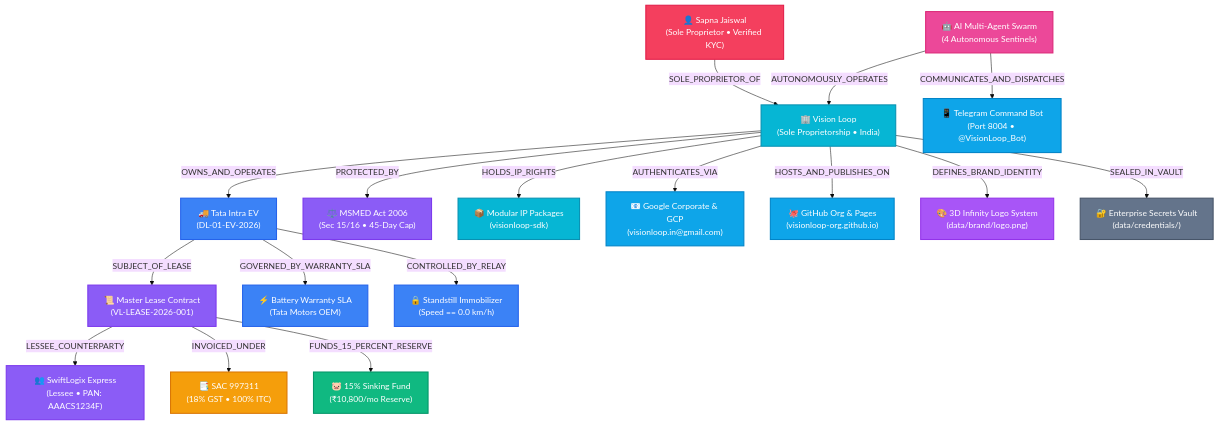
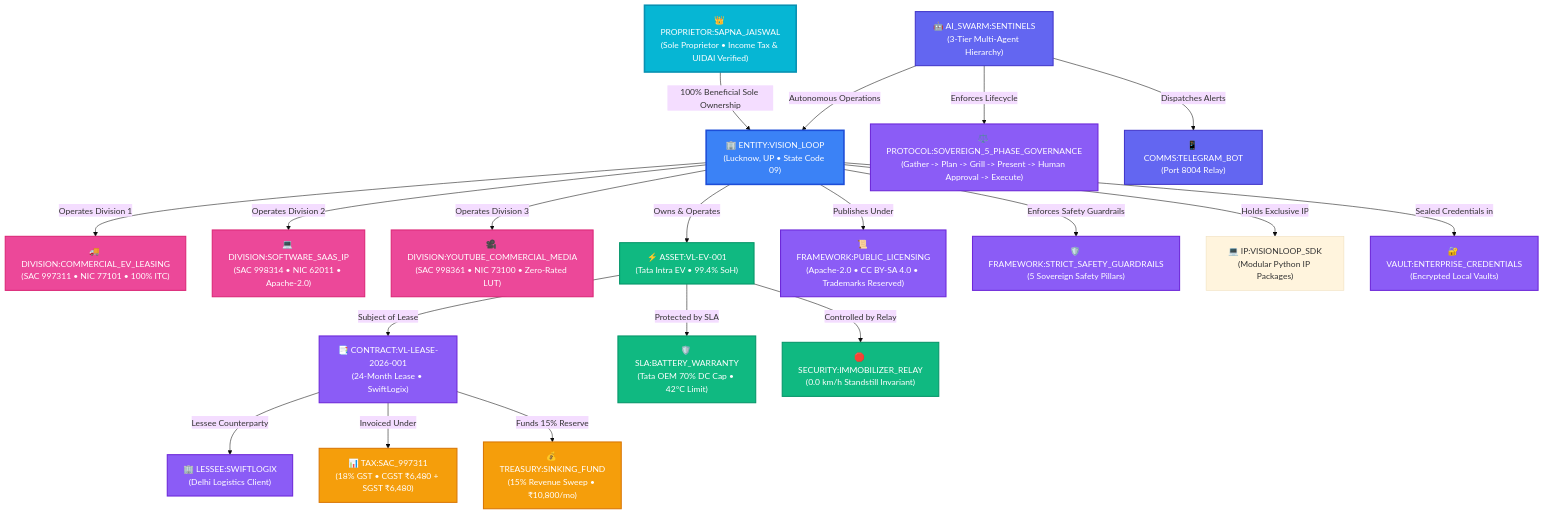
Before and after one commit to visionloop-org/visionloop: the diagram in KNOWLEDGE_GRAPH.md, drawn with Mermaid (base theme). The commit also changed other lines of this file and 7 other files, not shown here.

Commit message:
feat(architecture): update 23-node canonical knowledge graph, enterprise business model, 3 synergy verticals, and directory restructuring

````diff
--- a/KNOWLEDGE_GRAPH.md
+++ b/KNOWLEDGE_GRAPH.md
@@ -8,48 +8,59 @@
 ```mermaid
 graph TD
-    classDef proprietor fill:#f43f5e,stroke:#e11d48,stroke-width:2px,color:#fff;
-    classDef enterprise fill:#06b6d4,stroke:#0891b2,stroke-width:2px,color:#fff;
-    classDef asset fill:#3b82f6,stroke:#2563eb,stroke-width:2px,color:#fff;
-    classDef legal fill:#8b5cf6,stroke:#7c3aed,stroke-width:2px,color:#fff;
+    classDef prop fill:#06b6d4,stroke:#0891b2,stroke-width:3px,color:#fff;
+    classDef ent fill:#3b82f6,stroke:#1d4ed8,stroke-width:3px,color:#fff;
+    classDef div fill:#ec4899,stroke:#db2777,stroke-width:2px,color:#fff;
+    classDef asset fill:#10b981,stroke:#059669,stroke-width:2px,color:#fff;
+    classDef legal fill:#8b5cf6,stroke:#6d28d9,stroke-width:2px,color:#fff;
     classDef tax fill:#f59e0b,stroke:#d97706,stroke-width:2px,color:#fff;
-    classDef treasury fill:#10b981,stroke:#059669,stroke-width:2px,color:#fff;
-    classDef ai fill:#ec4899,stroke:#db2777,stroke-width:2px,color:#fff;
-    classDef cloud fill:#0ea5e9,stroke:#0284c7,stroke-width:2px,color:#fff;
-    classDef brand fill:#a855f7,stroke:#9333ea,stroke-width:2px,color:#fff;
-    classDef sec fill:#64748b,stroke:#475569,stroke-width:2px,color:#fff;
+    classDef swarm fill:#6366f1,stroke:#4338ca,stroke-width:2px,color:#fff;
 
-    OWNER["👤 Sapna Jaiswal<br/>(Sole Proprietor • Verified KYC)"]:::proprietor
-    VL["🏢 Vision Loop<br/>(Sole Proprietorship • India)"]:::enterprise
-    EV["🚚 Tata Intra EV<br/>(DL-01-EV-2026)"]:::asset
-    SWIFT["👥 SwiftLogix Express<br/>(Lessee • PAN: AAACS1234F)"]:::legal
-    LEASE["📜 Master Lease Contract<br/>(VL-LEASE-2026-001)"]:::legal
-    SAC["📑 SAC 997311<br/>(18% GST • 100% ITC)"]:::tax
-    SINK["🐷 15% Sinking Fund<br/>(₹10,800/mo Reserve)"]:::treasury
-    MSME["⚖️ MSMED Act 2006<br/>(Sec 15/16 • 45-Day Cap)"]:::legal
-    SLA["⚡ Battery Warranty SLA<br/>(Tata Motors OEM)"]:::asset
-    IMMOB["🔒 Standstill Immobilizer<br/>(Speed == 0.0 km/h)"]:::asset
-    SWARM["🤖 AI Multi-Agent Swarm<br/>(4 Autonomous Sentinels)"]:::ai
-    TG["📱 Telegram Command Bot<br/>(Port 8004 • @VisionLoop_Bot)"]:::cloud
-    IP["📦 Modular IP Packages<br/>(visionloop-sdk)"]:::enterprise
-    GOOGLE["📧 Google Corporate & GCP<br/>(visionloop.in@gmail.com)"]:::cloud
-    GITHUB["🐙 GitHub Org & Pages<br/>(visionloop-org.github.io)"]:::cloud
-    BRAND["🎨 3D Infinity Logo System<br/>(data/brand/logo.png)"]:::brand
-    VAULT["🔐 Enterprise Secrets Vault<br/>(data/credentials/)"]:::sec
+    P["👑 PROPRIETOR:SAPNA_JAISWAL<br/>(Sole Proprietor • Income Tax & UIDAI Verified)"]:::prop
+    E["🏢 ENTITY:VISION_LOOP<br/>(Lucknow, UP • State Code 09)"]:::ent
 
-    OWNER -->|SOLE_PROPRIETOR_OF| VL
-    VL -->|OWNS_AND_OPERATES| EV
-    VL -->|PROTECTED_BY| MSME
-    VL -->|HOLDS_IP_RIGHTS| IP
-    VL -->|AUTHENTICATES_VIA| GOOGLE
-    VL -->|HOSTS_AND_PUBLISHES_ON| GITHUB
-    VL -->|DEFINES_BRAND_IDENTITY| BRAND
-    VL -->|SEALED_IN_VAULT| VAULT
-    EV -->|SUBJECT_OF_LEASE| LEASE
-    LEASE -->|LESSEE_COUNTERPARTY| SWIFT
-    LEASE -->|INVOICED_UNDER| SAC
-    LEASE -->|FUNDS_15_PERCENT_RESERVE| SINK
-    EV -->|GOVERNED_BY_WARRANTY_SLA| SLA
-    EV -->|CONTROLLED_BY_RELAY| IMMOB
-    SWARM -->|AUTONOMOUSLY_OPERATES| VL
-    SWARM -->|COMMUNICATES_AND_DISPATCHES| TG
+    D1["🚚 DIVISION:COMMERCIAL_EV_LEASING<br/>(SAC 997311 • NIC 77101 • 100% ITC)"]:::div
+    D2["💻 DIVISION:SOFTWARE_SAAS_IP<br/>(SAC 998314 • NIC 62011 • Apache-2.0)"]:::div
+    D3["🎥 DIVISION:YOUTUBE_COMMERCIAL_MEDIA<br/>(SAC 998361 • NIC 73100 • Zero-Rated LUT)"]:::div
+
+    A1["⚡ ASSET:VL-EV-001<br/>(Tata Intra EV • 99.4% SoH)"]:::asset
+    C1["📑 CONTRACT:VL-LEASE-2026-001<br/>(24-Month Lease • SwiftLogix)"]:::legal
+    L1["🏢 LESSEE:SWIFTLOGIX<br/>(Delhi Logistics Client)"]:::legal
+
+    T1["📊 TAX:SAC_997311<br/>(18% GST • CGST ₹6,480 + SGST ₹6,480)"]:::tax
+    S1["💰 TREASURY:SINKING_FUND<br/>(15% Revenue Sweep • ₹10,800/mo)"]:::tax
+
+    W1["🛡️ SLA:BATTERY_WARRANTY<br/>(Tata OEM 70% DC Cap • 42°C Limit)"]:::asset
+    R1["🛑 SECURITY:IMMOBILIZER_RELAY<br/>(0.0 km/h Standstill Invariant)"]:::asset
+
+    AI["🤖 AI_SWARM:SENTINELS<br/>(3-Tier Multi-Agent Hierarchy)"]:::swarm
+    GOV["⚖️ PROTOCOL:SOVEREIGN_5_PHASE_GOVERNANCE<br/>(Gather -> Plan -> Grill -> Present -> Human Approval -> Execute)"]:::legal
+    LIC["📜 FRAMEWORK:PUBLIC_LICENSING<br/>(Apache-2.0 • CC BY-SA 4.0 • Trademarks Reserved)"]:::legal
+    SAF["🛡️ FRAMEWORK:STRICT_SAFETY_GUARDRAILS<br/>(5 Sovereign Safety Pillars)"]:::legal
+
+    TG["📱 COMMS:TELEGRAM_BOT<br/>(Port 8004 Relay)"]:::swarm
+    IP["💻 IP:VISIONLOOP_SDK<br/>(Modular Python IP Packages)"]:::code
+    VLT["🔐 VAULT:ENTERPRISE_CREDENTIALS<br/>(Encrypted Local Vaults)"]:::legal
+
+    P -->|100% Beneficial Sole Ownership| E
+    E -->|Operates Division 1| D1
+    E -->|Operates Division 2| D2
+    E -->|Operates Division 3| D3
+
+    E -->|Owns & Operates| A1
+    A1 -->|Subject of Lease| C1
+    C1 -->|Lessee Counterparty| L1
+    C1 -->|Invoiced Under| T1
+    C1 -->|Funds 15% Reserve| S1
+
+    A1 -->|Protected by SLA| W1
+    A1 -->|Controlled by Relay| R1
+
+    AI -->|Autonomous Operations| E
+    AI -->|Enforces Lifecycle| GOV
+    AI -->|Dispatches Alerts| TG
+
+    E -->|Holds Exclusive IP| IP
+    E -->|Publishes Under| LIC
+    E -->|Enforces Safety Guardrails| SAF
+    E -->|Sealed Credentials in| VLT
 ```
````
